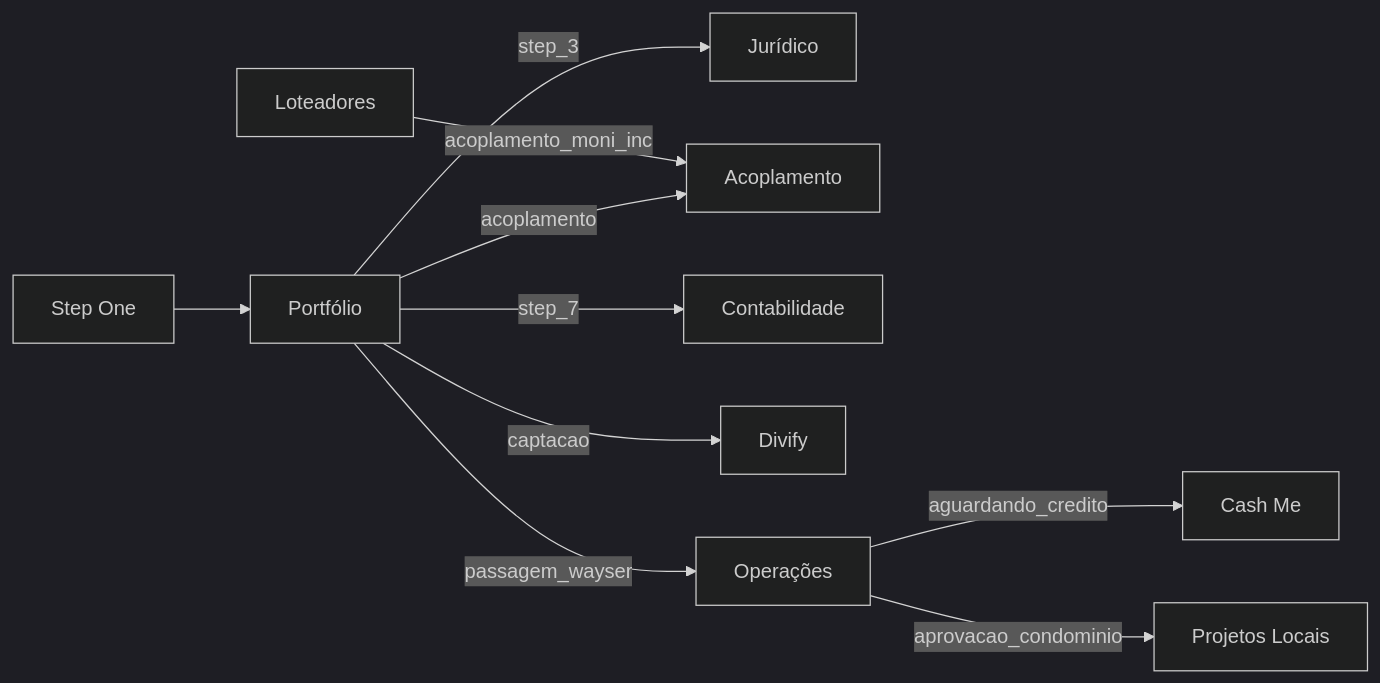
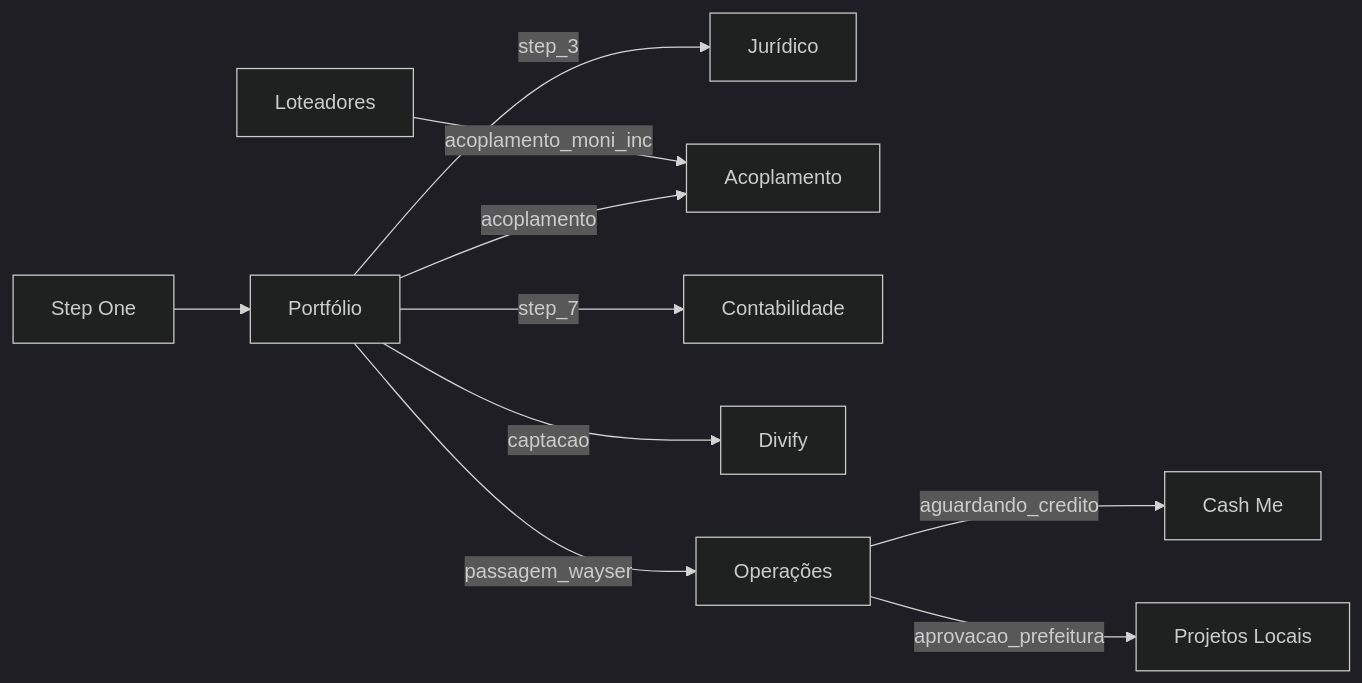
The second of 3 diagrams in docs/inventario-kanban-funil-completo.md (monitech-hubfly/moni-fly), drawn with Mermaid (dark theme) before and after one commit. The commit also changed other lines of this file and 2 other files, not shown here.

First line of the commit message:
feat(pre-obra): abre Projetos Locais na Aprovação na Prefeitura

````diff
--- a/docs/inventario-kanban-funil-completo.md
+++ b/docs/inventario-kanban-funil-completo.md
@@ -425,12 +425,12 @@
 ```mermaid
 flowchart LR
   SO[Step One] --> PF[Portfólio]
   PF -->|step_3| JU[Jurídico]
   PF -->|acoplamento| AC[Acoplamento]
   PF -->|step_7| CT[Contabilidade]
   PF -->|captacao| MC[Divify]
   PF -->|passagem_wayser| OP[Operações]
   OP -->|aguardando_credito| CM[Cash Me]
-  OP -->|aprovacao_condominio| PL[Projetos Locais]
+  OP -->|aprovacao_prefeitura| PL[Projetos Locais]
   LO[Loteadores] -->|acoplamento_moni_inc| AC
 ```
````
